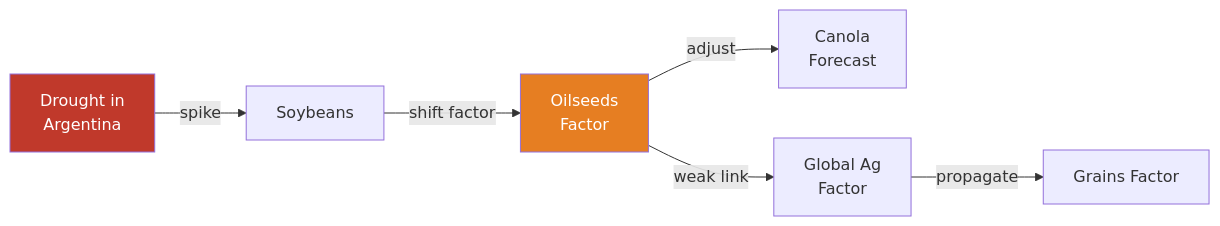
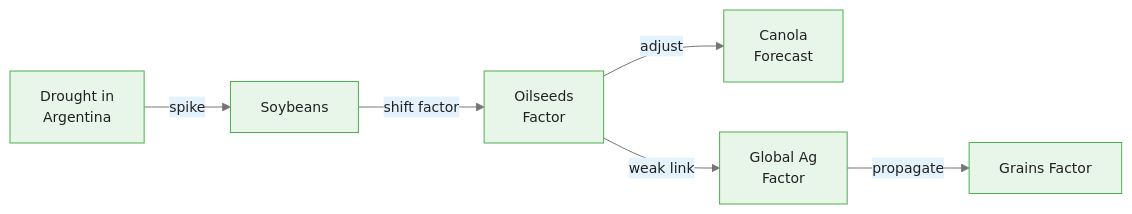
Before and after one commit to m-deane/course-creator: the second of 4 diagrams in courses/bayesian-commodity-forecasting/modules/module_04_hierarchical/guides/03_agricultural_complex_slides.md, drawn with Mermaid. The commit also changed other lines of this file and 104 other files, not shown here.

````diff
--- a/courses/bayesian-commodity-forecasting/modules/module_04_hierarchical/guides/03_agricultural_complex_slides.md
+++ b/courses/bayesian-commodity-forecasting/modules/module_04_hierarchical/guides/03_agricultural_complex_slides.md
@@ -72,10 +81,9 @@
 ```mermaid
+%%{init: {"theme": "base", "themeVariables": {"primaryColor": "#e8f5e9", "primaryBorderColor": "#4caf50", "primaryTextColor": "#212121", "secondaryColor": "#e3f2fd", "tertiaryColor": "#fff8e1", "lineColor": "#757575", "fontFamily": "Inter, sans-serif", "fontSize": "14px"}}}%%
 flowchart LR
     DR["Drought in\nArgentina"] -->|"spike"| SOY["Soybeans"]
     SOY -->|"shift factor"| OF["Oilseeds\nFactor"]
     OF -->|"adjust"| CAN["Canola\nForecast"]
     OF -->|"weak link"| GAF["Global Ag\nFactor"]
     GAF -->|"propagate"| GF["Grains Factor"]
-    style DR fill:#c0392b,color:#fff
-    style OF fill:#e67e22,color:#fff
 ```
````
